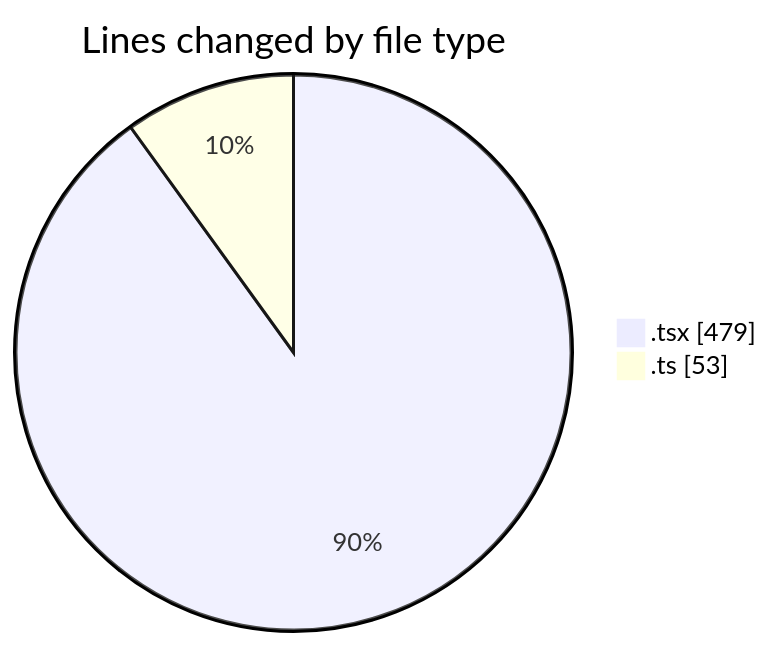
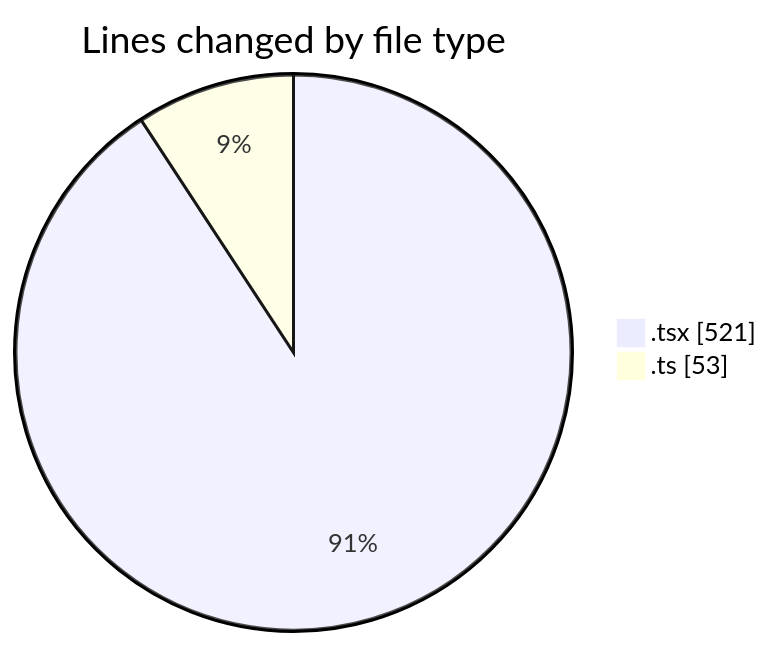
The first of 2 diagrams in 2026-04-08/airfeed-analytics-dashboard/README.md (nxtqubesakshisongat/code-tracking), drawn with Mermaid before and after one commit. The commit also changed other lines of this file and 1 other file, not shown here.

````diff
--- a/2026-04-08/airfeed-analytics-dashboard/README.md
+++ b/2026-04-08/airfeed-analytics-dashboard/README.md
@@ -24,6 +24,6 @@
 ```mermaid
 pie showData
 title Lines changed by file type
-".tsx" : 479
+".tsx" : 521
 ".ts" : 53
 ```
````
